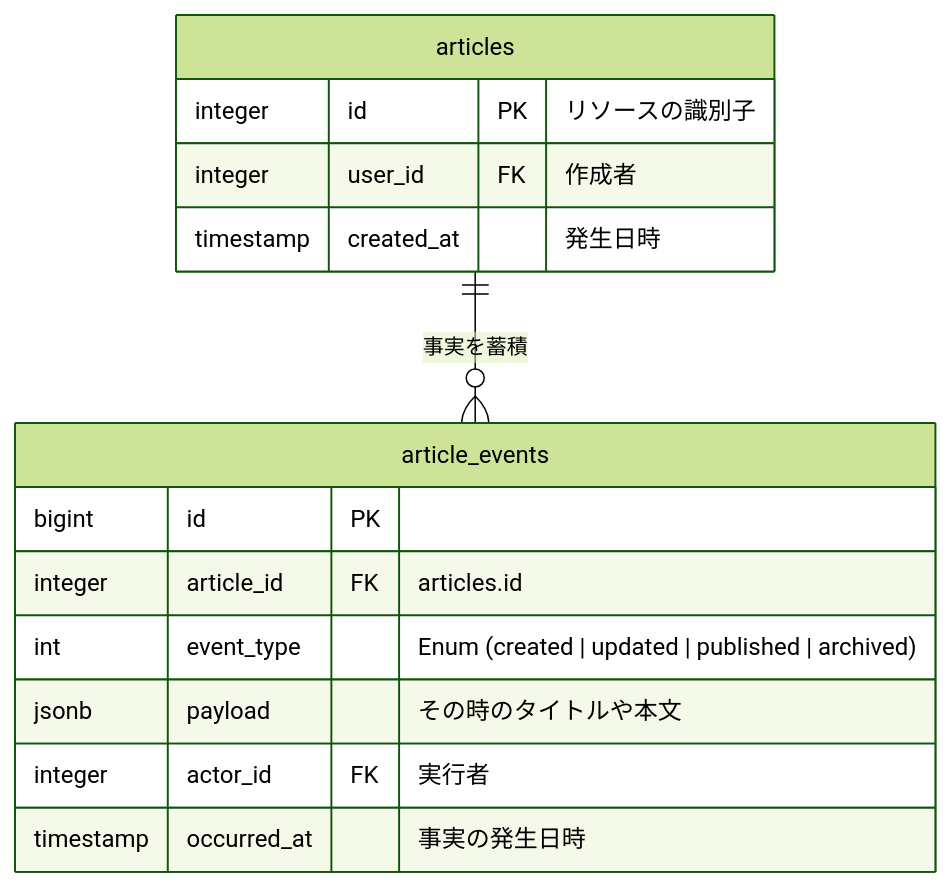
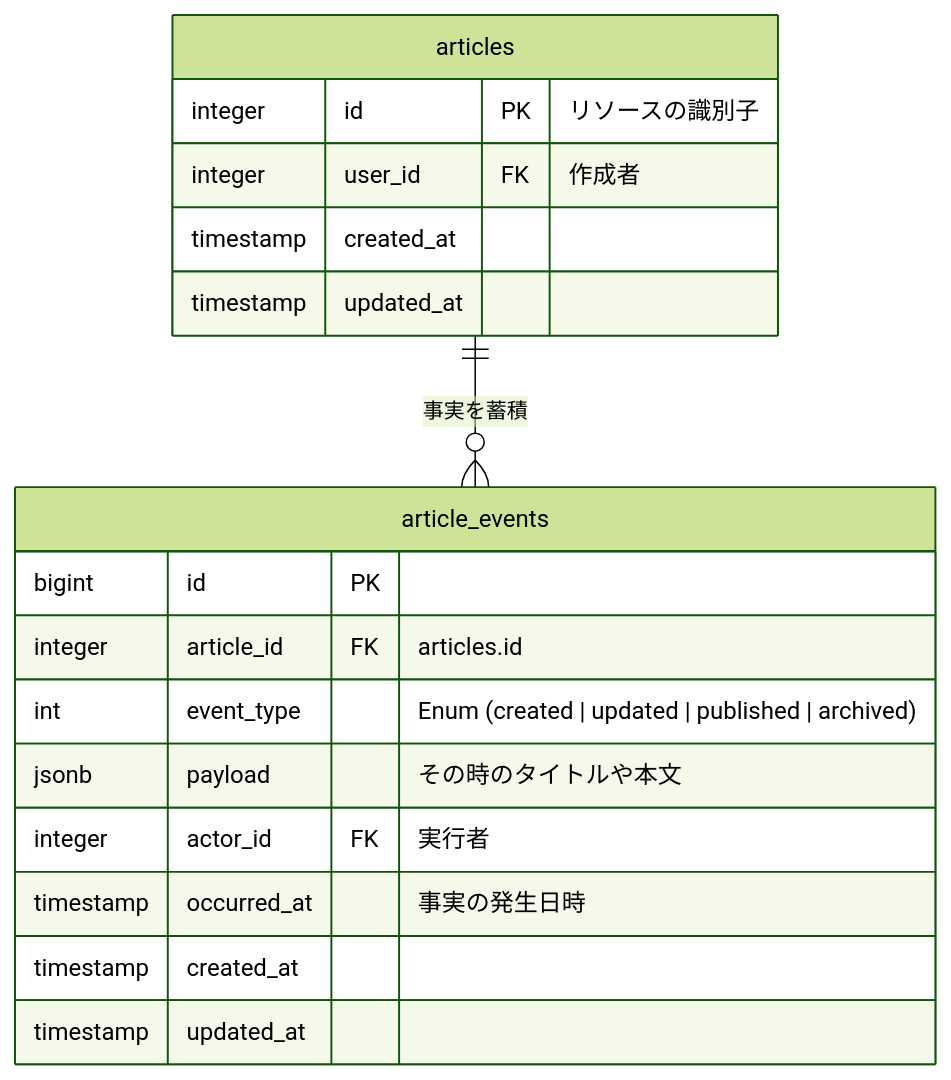
One commit to sloppybook/zenn changed the fourth of 5 diagrams in articles/57f2197681b2e2.md. Above: the diagram before and after it, drawn with Mermaid (forest theme). The commit also changed other lines of this file, not shown here.

````diff
--- a/articles/57f2197681b2e2.md
+++ b/articles/57f2197681b2e2.md
@@ -126,20 +126,23 @@
 ```mermaid
 erDiagram
   articles ||--o{ article_events : "事実を蓄積"
   
   articles {
     integer id PK "リソースの識別子"
     integer user_id FK "作成者"
-    timestamp created_at "発生日時"
+    timestamp created_at
+    timestamp updated_at
   }
 
   article_events {
     bigint id PK
     integer article_id FK "articles.id"
     int event_type "Enum (created | updated | published | archived)"
     jsonb payload "その時のタイトルや本文"
 
     integer actor_id FK "実行者"
     timestamp occurred_at "事実の発生日時"
+    timestamp created_at
+    timestamp updated_at
   }
 ```
````
